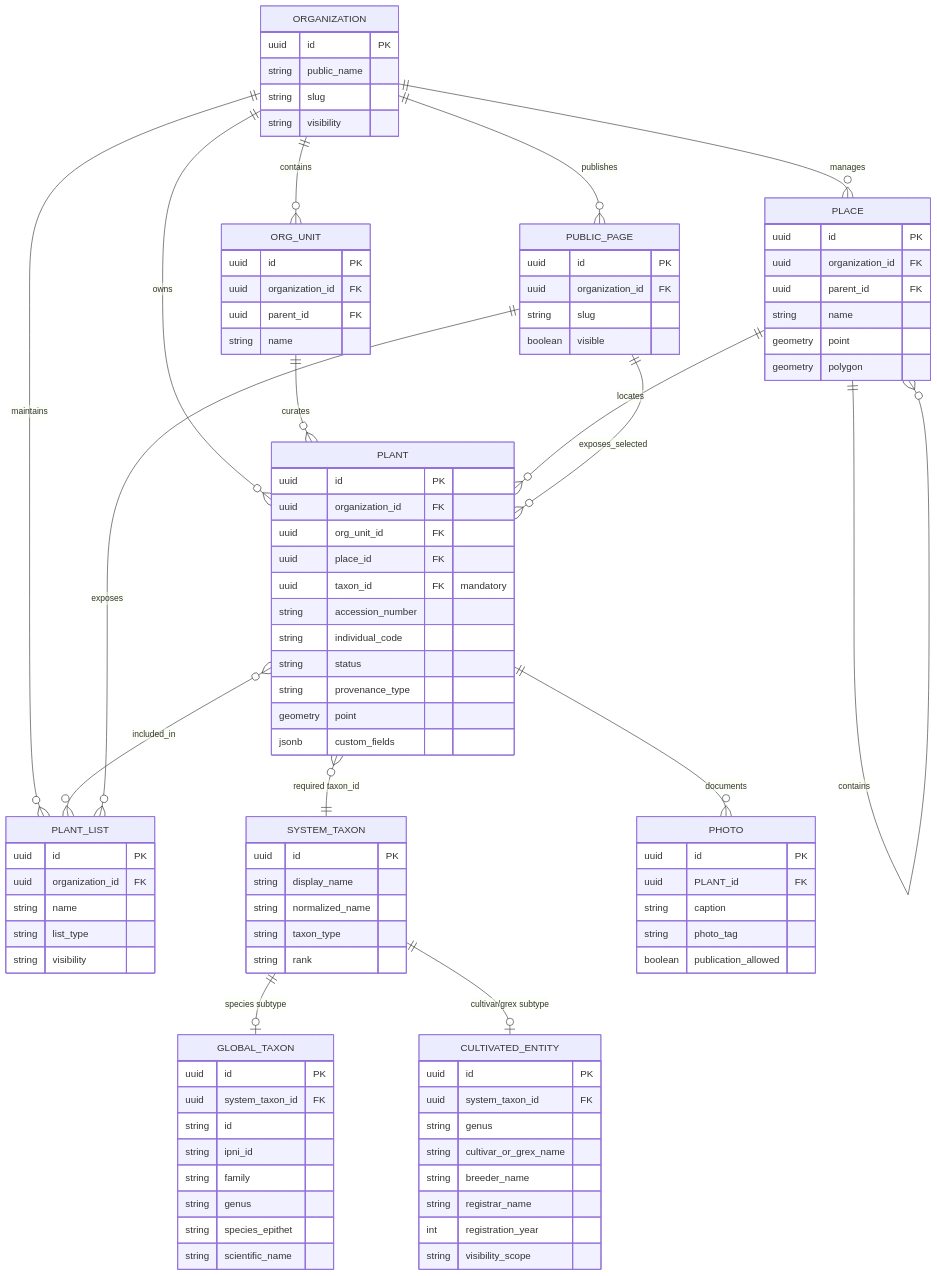
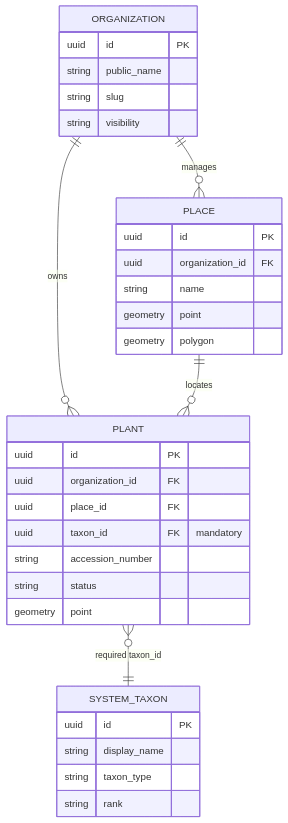
One commit to flatura/portfolio_as_code changed the diagram in docs/en/projects/example-project/05-system-model.md. Above: the diagram before and after it, drawn with Mermaid. The commit also changed 1 other file, not shown here.

Commit message:
Refactor system model and architecture documentation for clarity and conciseness. Removed redundant entities and streamlined relationships.

````diff
--- a/docs/en/projects/example-project/05-system-model.md
+++ b/docs/en/projects/example-project/05-system-model.md
@@ -7,24 +7,9 @@
 ```mermaid
 erDiagram
-    ORGANIZATION ||--o{ ORG_UNIT : contains
     ORGANIZATION ||--o{ PLANT : owns
     ORGANIZATION ||--o{ PLACE : manages
-    ORGANIZATION ||--o{ PLANT_LIST : maintains
-    ORGANIZATION ||--o{ PUBLIC_PAGE : publishes
-
-    ORG_UNIT ||--o{ PLANT : curates
-    PLACE ||--o{ PLACE : contains
+    PLANT }o--|| SYSTEM_TAXON : "required taxon_id"
     PLACE ||--o{ PLANT : locates
-
-    PLANT }o--|| SYSTEM_TAXON : "required taxon_id"
-    PLANT ||--o{ PHOTO : documents
-    PLANT }o--o{ PLANT_LIST : included_in
-
-    SYSTEM_TAXON ||--o| GLOBAL_TAXON : "species subtype"
-    SYSTEM_TAXON ||--o| CULTIVATED_ENTITY : "cultivar/grex subtype"
-
-    PUBLIC_PAGE ||--o{ PLANT_LIST : exposes
-    PUBLIC_PAGE ||--o{ PLANT : exposes_selected
 
     ORGANIZATION {
         uuid id PK
@@ -33,86 +18,28 @@
         string visibility
     }
 
-    ORG_UNIT {
-        uuid id PK
-        uuid organization_id FK
-        uuid parent_id FK
-        string name
-    }
-
     PLANT {
         uuid id PK
         uuid organization_id FK
-        uuid org_unit_id FK
         uuid place_id FK
         uuid taxon_id FK "mandatory"
         string accession_number
-        string individual_code
         string status
-        string provenance_type
         geometry point
-        jsonb custom_fields
+    }
+
+    PLACE {
+        uuid id PK
+        uuid organization_id FK
+        string name
+        geometry point
+        geometry polygon
     }
 
     SYSTEM_TAXON {
         uuid id PK
         string display_name
-        string normalized_name
         string taxon_type
         string rank
     }
-
-    GLOBAL_TAXON {
-        uuid id PK
-        uuid system_taxon_id FK
-        string id
-        string ipni_id
-        string family
-        string genus
-        string species_epithet
-        string scientific_name
-    }
-
-    CULTIVATED_ENTITY {
-        uuid id PK
-        uuid system_taxon_id FK
-        string genus
-        string cultivar_or_grex_name
-        string breeder_name
-        string registrar_name
-        int registration_year
-        string visibility_scope
-    }
-
-    PLACE {
-        uuid id PK
-        uuid organization_id FK
-        uuid parent_id FK
-        string name
-        geometry point
-        geometry polygon
-    }
-
-    PLANT_LIST {
-        uuid id PK
-        uuid organization_id FK
-        string name
-        string list_type
-        string visibility
-    }
-
-    PHOTO {
-        uuid id PK
-        uuid PLANT_id FK
-        string caption
-        string photo_tag
-        boolean publication_allowed
-    }
-
-    PUBLIC_PAGE {
-        uuid id PK
-        uuid organization_id FK
-        string slug
-        boolean visible
-    }
 ```
````
